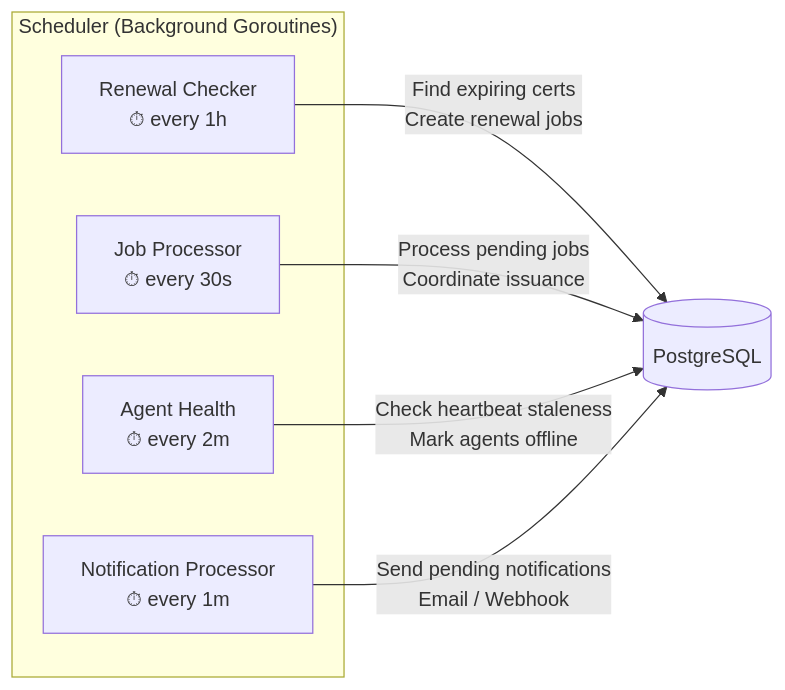
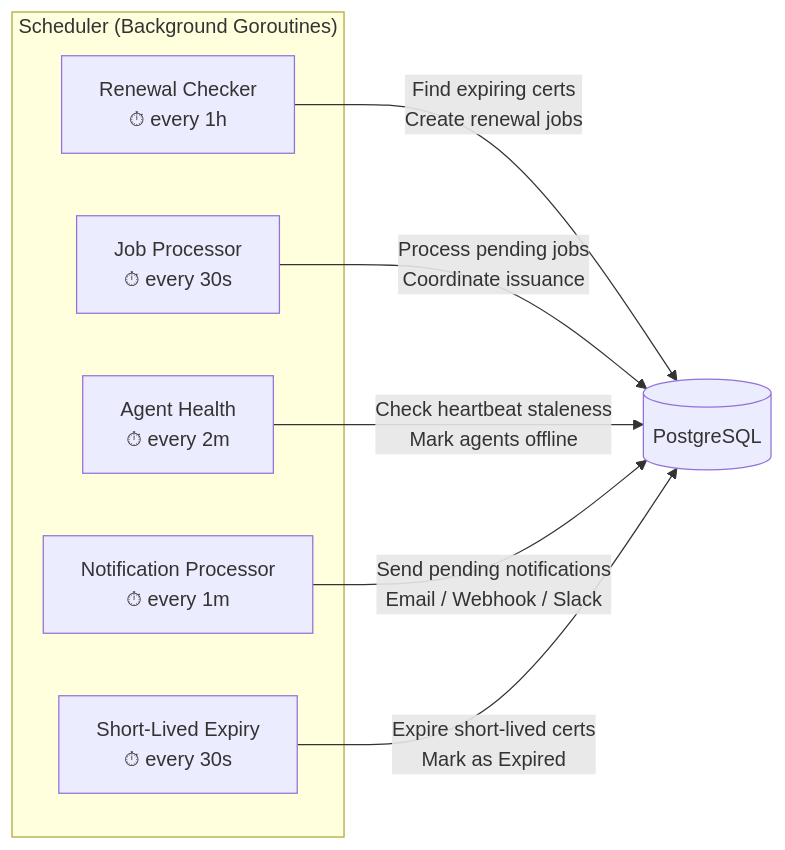
One commit to certctl-io/certctl changed the sixth of 12 diagrams in docs/architecture.md. Above: the diagram before and after it, drawn with Mermaid. The commit also changed other lines of this file and 5 other files, not shown here.

````diff
--- a/docs/architecture.md
+++ b/docs/architecture.md
@@ -347,14 +347,16 @@
 ```mermaid
 flowchart LR
     subgraph "Scheduler (Background Goroutines)"
         R["Renewal Checker\n⏱ every 1h"]
         J["Job Processor\n⏱ every 30s"]
         H["Agent Health\n⏱ every 2m"]
         N["Notification Processor\n⏱ every 1m"]
+        SL["Short-Lived Expiry\n⏱ every 30s"]
     end
 
     R -->|"Find expiring certs\nCreate renewal jobs"| DB[("PostgreSQL")]
     J -->|"Process pending jobs\nCoordinate issuance"| DB
     H -->|"Check heartbeat staleness\nMark agents offline"| DB
-    N -->|"Send pending notifications\nEmail / Webhook"| DB
+    N -->|"Send pending notifications\nEmail / Webhook / Slack"| DB
+    SL -->|"Expire short-lived certs\nMark as Expired"| DB
 ```
````
